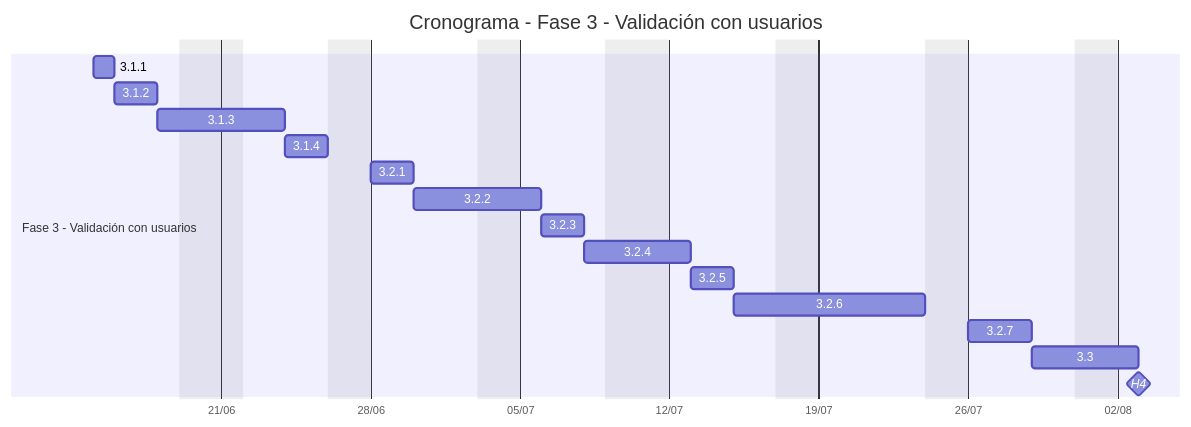
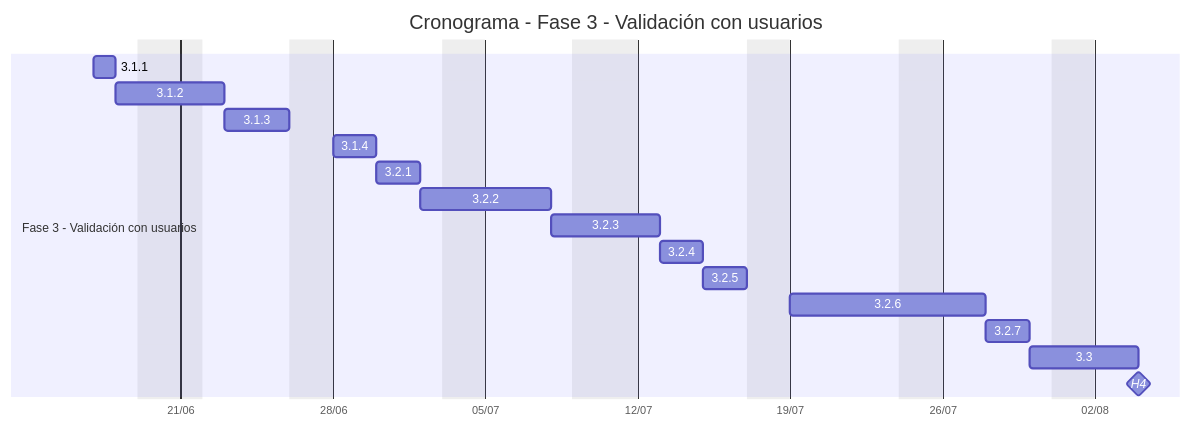
Before and after one commit to joaquinmachado11/plan-proyecto-gp-uner: the third of 4 diagrams in docs/02-wbs-estimaciones/cronograma.md, drawn with Mermaid. The commit also changed other lines of this file and 1 other file, not shown here.

````diff
--- a/docs/02-wbs-estimaciones/cronograma.md
+++ b/docs/02-wbs-estimaciones/cronograma.md
@@ -78,25 +78,25 @@
 ```mermaid
 gantt
     title Cronograma - Fase 3 - Validación con usuarios
     dateFormat  YYYY-MM-DD
     axisFormat  %d/%m
     tickInterval 1week
     weekday     monday
     todayMarker off
     excludes    weekends, 2027-03-24, 2027-03-26, 2027-04-02, 2027-05-25, 2027-06-21, 2027-07-09, 2027-08-16
  
     section Fase 3 - Validación con usuarios
-    3.1.1   :t311, 2027-06-15, 1d
+    3.1.1   :t311, 2027-06-17, 1d
     3.1.2   :t312, after t311, 2d
     3.1.3   :t313, after t312, 3d
     3.1.4   :t314, after t313, 2d
     3.2.1   :t321, after t314, 2d
     3.2.2   :t322, after t321, 4d
     3.2.3   :t323, after t322, 2d
     3.2.4   :t324, after t323, 2d
     3.2.5   :t325, after t324, 2d
     3.2.6   :t326, after t325, 7d
-    3.2.7   :t327, after t326, 3d
+    3.2.7   :t327, after t326, 2d
     3.3     :t33, after t327, 3d
     H4      :milestone, m4, after t33, 0d
 ```
````
